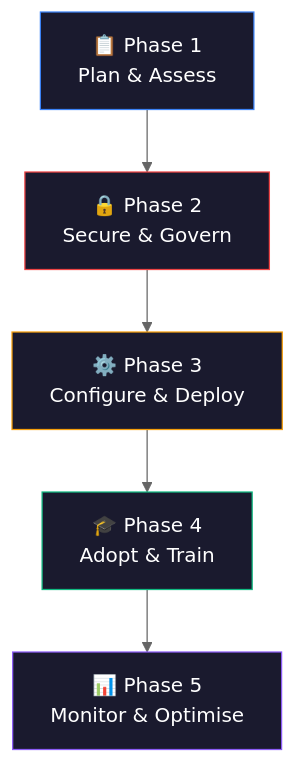
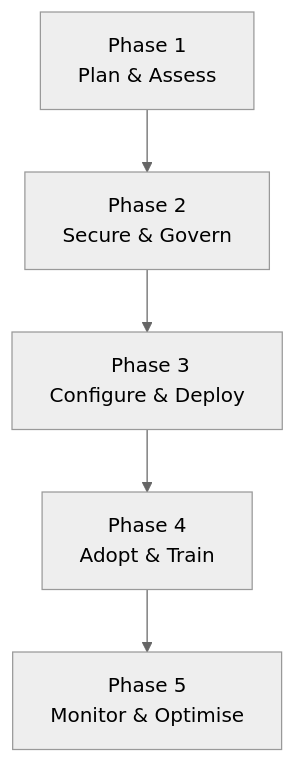
The first of 2 diagrams in content/blog/microsoft-365-copilot-deployment-best-practices-ultimate-checklist.md (susanthgit/aguidetocloud-revamp), drawn with Mermaid (neutral theme) before and after one commit. The commit also changed other lines of this file and 553 other files, not shown here.

First line of the commit message:
🌸 Z17: Zen Mermaid diagrams — Stripe Docs style

````diff
--- a/content/blog/microsoft-365-copilot-deployment-best-practices-ultimate-checklist.md
+++ b/content/blog/microsoft-365-copilot-deployment-best-practices-ultimate-checklist.md
@@ -68,13 +68,8 @@
 ```mermaid
 flowchart TD
-    A["📋 Phase 1<br/>Plan & Assess"] --> B["🔒 Phase 2<br/>Secure & Govern"]
-    B --> C["⚙️ Phase 3<br/>Configure & Deploy"]
-    C --> D["🎓 Phase 4<br/>Adopt & Train"]
-    D --> E["📊 Phase 5<br/>Monitor & Optimise"]
+    A["Phase 1<br/>Plan & Assess"] --> B["Phase 2<br/>Secure & Govern"]
+    B --> C["️ Phase 3<br/>Configure & Deploy"]
+    C --> D["Phase 4<br/>Adopt & Train"]
+    D --> E["Phase 5<br/>Monitor & Optimise"]
     
-    style A fill:#1a1a2e,stroke:#3B82F6,color:#fff
-    style B fill:#1a1a2e,stroke:#EF4444,color:#fff
-    style C fill:#1a1a2e,stroke:#F59E0B,color:#fff
-    style D fill:#1a1a2e,stroke:#10B981,color:#fff
-    style E fill:#1a1a2e,stroke:#8B5CF6,color:#fff
 ```
````
